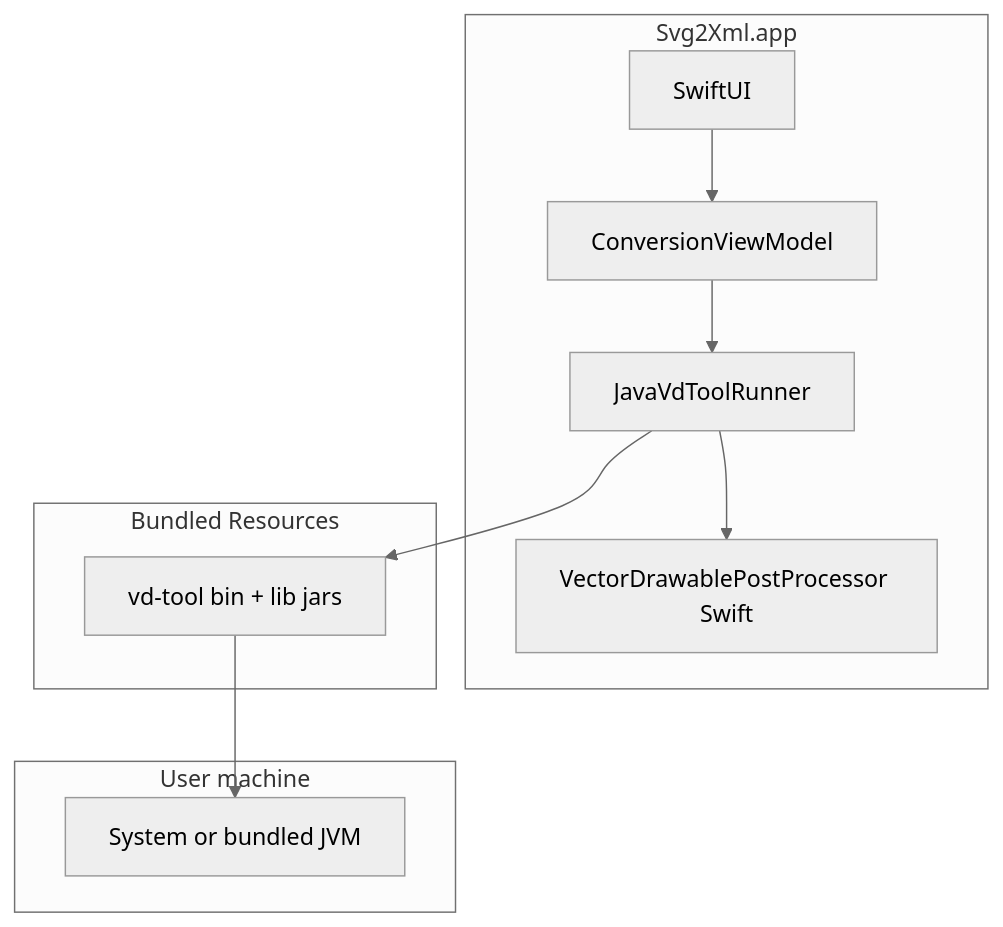
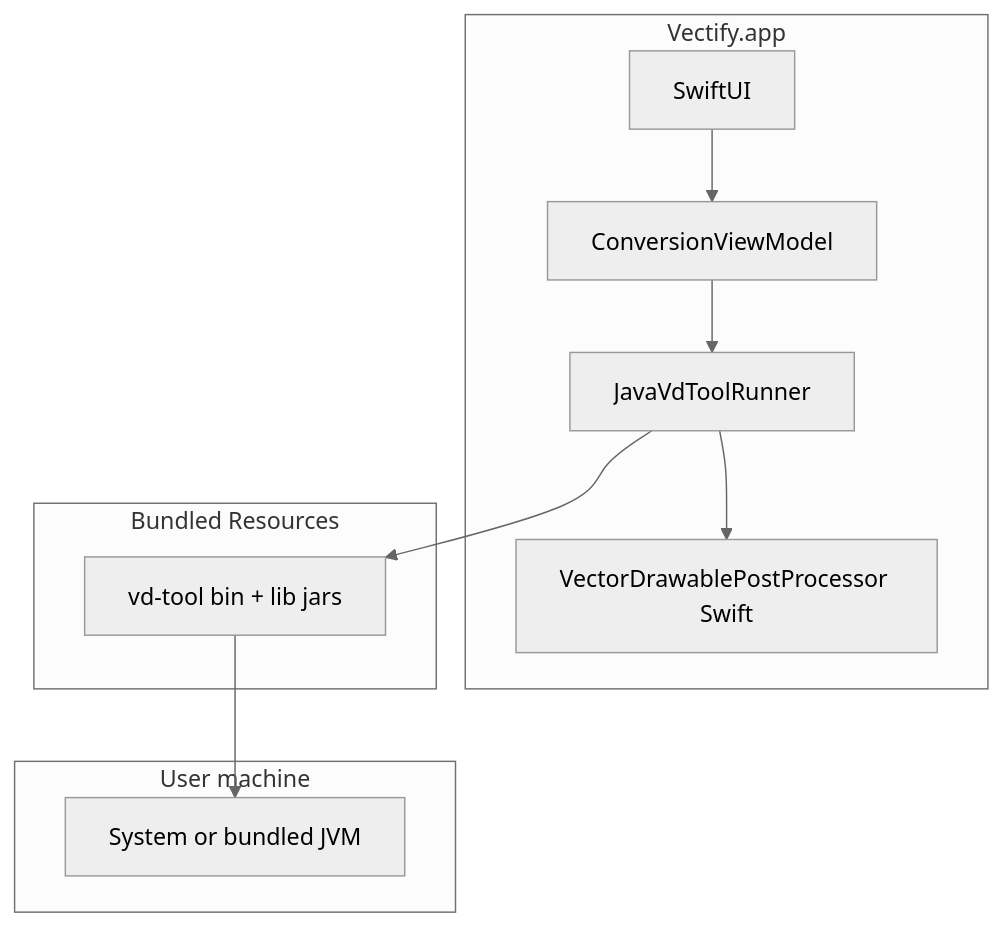
The diagram in docs/plan-svg2xml-dmg-compose.md (av-feaster/vectify), drawn with Mermaid (neutral theme) before and after one commit. The commit also changed other lines of this file and 109 other files, not shown here.

First line of the commit message:
Rename Svg2Xml to Vectify; bundle id and composed app icon

````diff
--- a/docs/plan-svg2xml-dmg-compose.md
+++ b/docs/plan-svg2xml-dmg-compose.md
@@ -56,20 +56,20 @@
 ```mermaid
 flowchart TB
-  subgraph app [Svg2Xml.app]
+  subgraph app [Vectify.app]
     UI[SwiftUI]
     VM[ConversionViewModel]
     JavaVD[JavaVdToolRunner]
     Post[VectorDrawablePostProcessor Swift]
     UI --> VM
     VM --> JavaVD
     JavaVD --> Post
   end
   subgraph vendor [Bundled Resources]
     VDBin[vd-tool bin + lib jars]
   end
   subgraph user [User machine]
     JVM[System or bundled JVM]
   end
   JavaVD --> VDBin
   VDBin --> JVM
 ```
````
